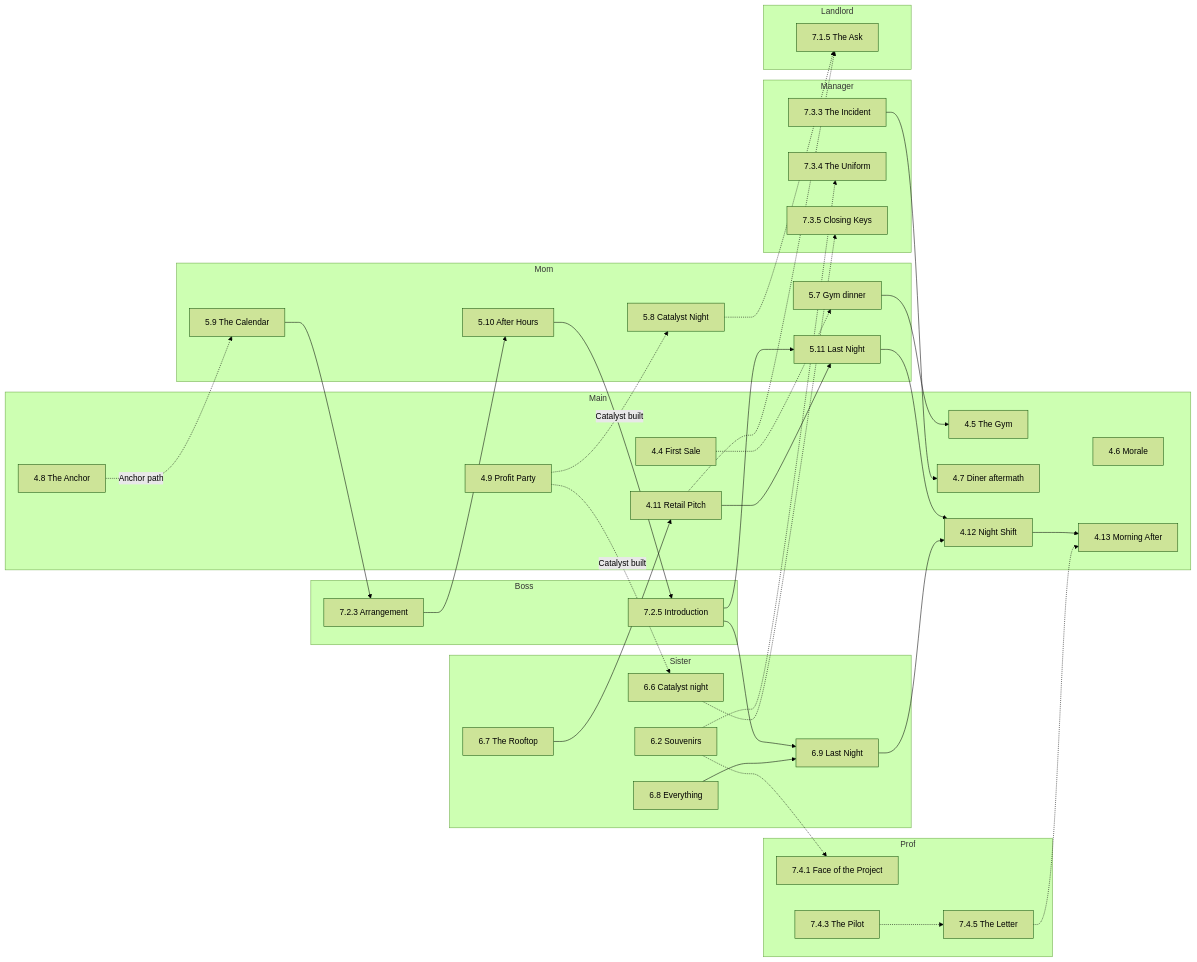
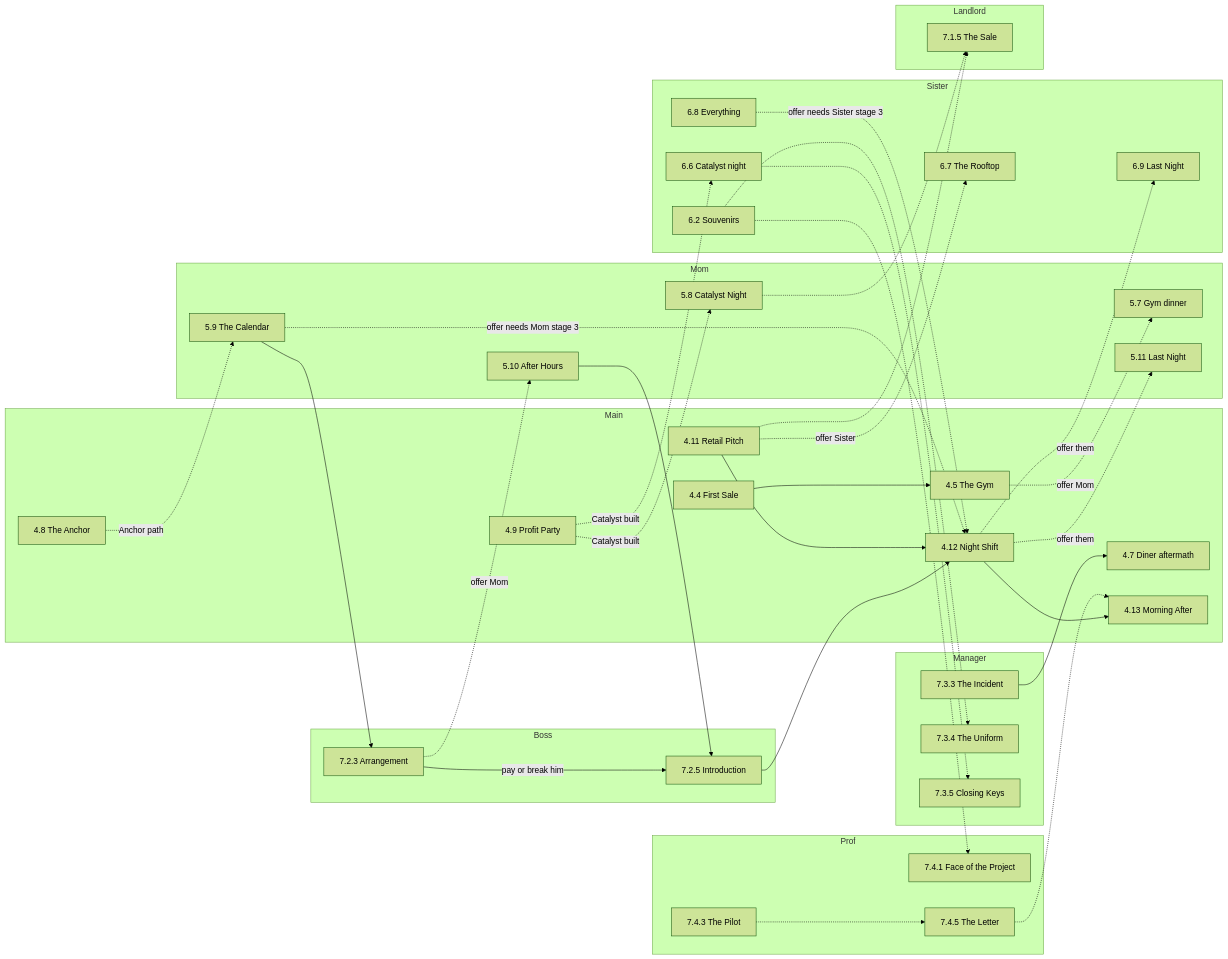
One commit to MichaelWinsauer/RTR changed the eighth of 9 diagrams in STAGE1_FLOWCHARTS.md. Above: the diagram before and after it, drawn with Mermaid (forest theme). The commit also changed other lines of this file and 1 other file, not shown here.

Commit message:
plan: update stage 1 story

````diff
--- a/STAGE1_FLOWCHARTS.md
+++ b/STAGE1_FLOWCHARTS.md
@@ -355,70 +380,70 @@
 ```mermaid
 flowchart LR
   subgraph Main
     m44["4.4 First Sale"]
     m45["4.5 The Gym"]
-    m46["4.6 Morale"]
     m47["4.7 Diner aftermath"]
     m48["4.8 The Anchor"]
     m49["4.9 Profit Party"]
     m411["4.11 Retail Pitch"]
     m412["4.12 Night Shift"]
     m413["4.13 Morning After"]
   end
   subgraph Mom
     a57["5.7 Gym dinner"]
     a58["5.8 Catalyst Night"]
     a59["5.9 The Calendar"]
     a510["5.10 After Hours"]
     a511["5.11 Last Night"]
   end
   subgraph Sister
     b62["6.2 Souvenirs"]
     b66["6.6 Catalyst night"]
     b67["6.7 The Rooftop"]
     b68["6.8 Everything"]
     b69["6.9 Last Night"]
   end
   subgraph Boss
     o3["7.2.3 Arrangement"]
     o5["7.2.5 Introduction"]
   end
   subgraph Manager
     g3["7.3.3 The Incident"]
     g4["7.3.4 The Uniform"]
     g5["7.3.5 Closing Keys"]
   end
   subgraph Prof
     p1["7.4.1 Face of the Project"]
     p3["7.4.3 The Pilot"]
     p5["7.4.5 The Letter"]
   end
   subgraph Landlord
-    l5["7.1.5 The Ask"]
+    l5["7.1.5 The Sale"]
   end
 
-  m44 -.-> a57
-  a57 --> m45
+  m44 --> m45
+  m45 -.->|"offer Mom"| a57
   g3 --> m47
   b62 -.-> g4
   b62 -.-> p1
   b66 -.-> g5
   m49 -.->|"Catalyst built"| a58
   m49 -.->|"Catalyst built"| b66
-  b67 --> m411
+  m411 -.->|"offer Sister"| b67
   m48 -.->|"Anchor path"| a59
   a59 --> o3
-  o3 --> a510
+  o3 -.->|"offer Mom"| a510
   a510 --> o5
-  o5 --> a511
-  o5 --> b69
-  b68 --> b69
-  m411 --> a511
-  a511 --> m412
-  b69 --> m412
+  o3 -->|"pay or break him"| o5
+  o5 --> m412
+  m411 --> m412
+  a59 -.->|"offer needs Mom stage 3"| m412
+  b68 -.->|"offer needs Sister stage 3"| m412
+  m412 -.->|"offer them"| a511
+  m412 -.->|"offer them"| b69
   m412 --> m413
   p3 -.-> p5
   p5 -.-> m413
   a58 -.-> l5
   m411 -.-> l5
 ```
````
